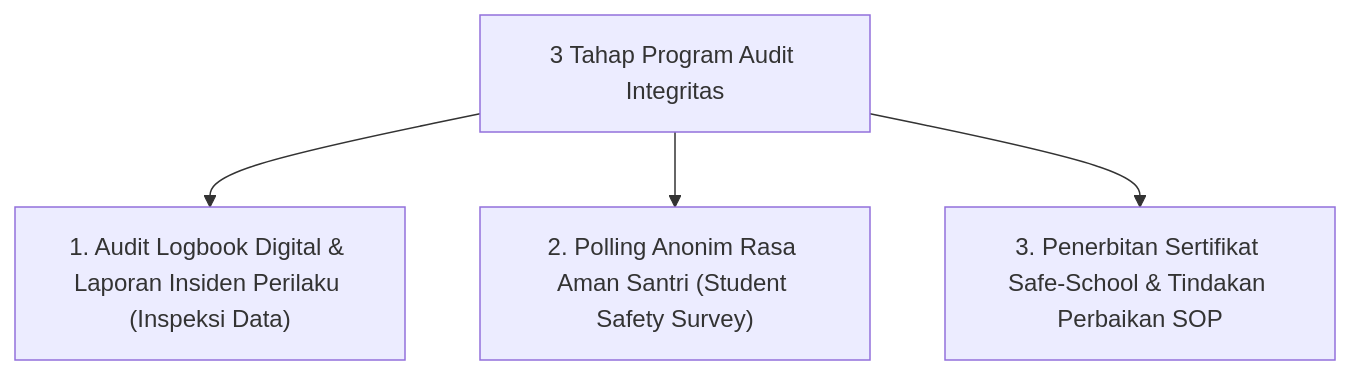
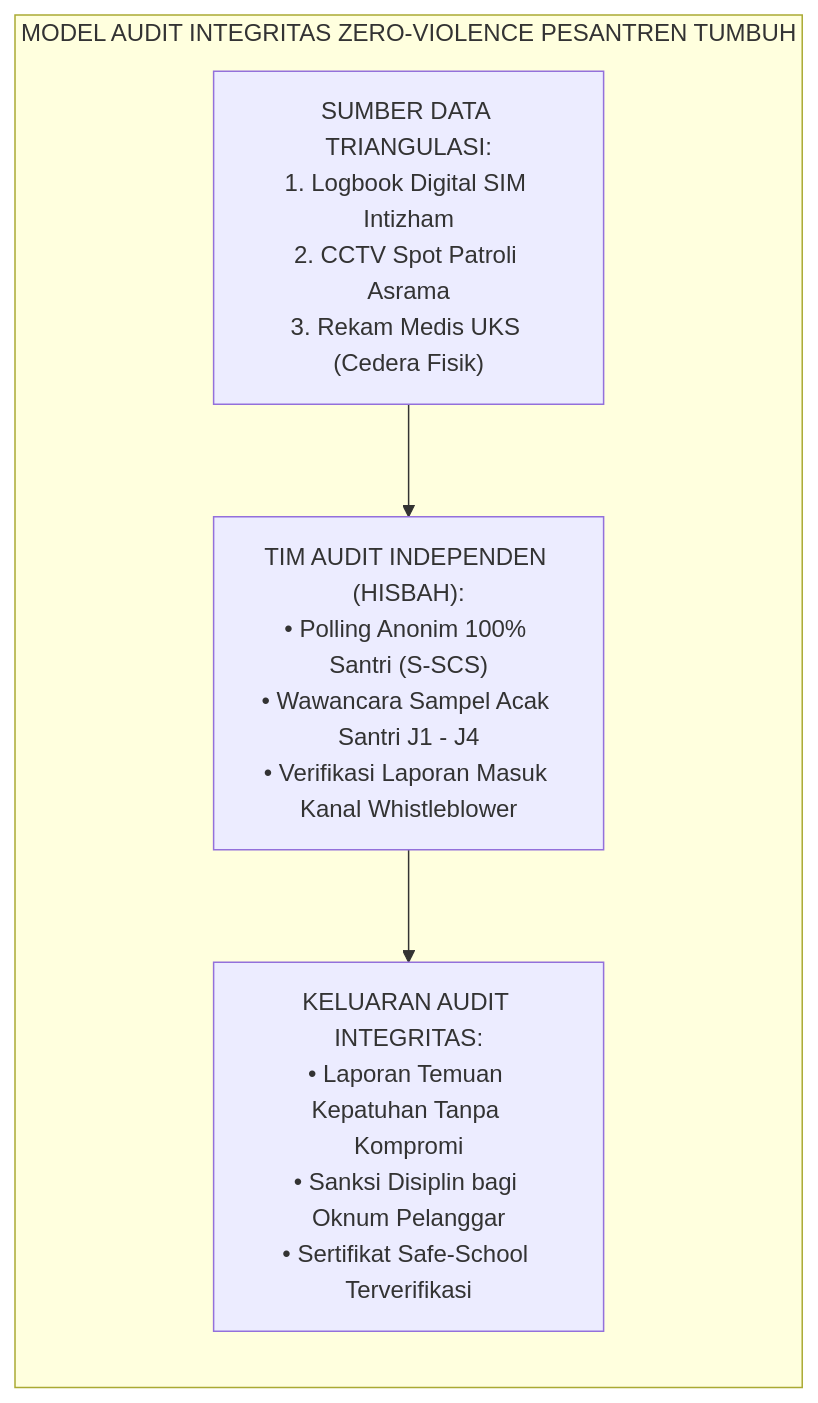
Before and after one commit to wandiapriliyandi/tumbuh: the first of 2 diagrams in 09 Programs/04 Institutional Programs/P9-04-03-Program-Audit-Integritas-Zero-Violence-Lembaga.md, drawn with Mermaid. The commit also changed other lines of this file and 3 other files, not shown here.

````diff
--- a/09 Programs/04 Institutional Programs/P9-04-03-Program-Audit-Integritas-Zero-Violence-Lembaga.md
+++ b/09 Programs/04 Institutional Programs/P9-04-03-Program-Audit-Integritas-Zero-Violence-Lembaga.md
@@ -14,7 +28,7 @@
 ```mermaid
-graph TD
-    AuditProgramSOP["3 Tahap Program Audit Integritas"]
-    AuditProgramSOP --> DataGrep["1. Audit Logbook Digital & Laporan Insiden Perilaku (Inspeksi Data)"]
-    AuditProgramSOP --> StudentPoll["2. Polling Anonim Rasa Aman Santri (Student Safety Survey)"]
-    AuditProgramSOP --> ActionReport["3. Penerbitan Sertifikat Safe-School & Tindakan Perbaikan SOP"]
+flowchart LR
+    subgraph IntegrityAuditModel["MODEL AUDIT INTEGRITAS ZERO-VIOLENCE PESANTREN TUMBUH"]
+        Inputs["SUMBER DATA TRIANGULASI:<br/>1. Logbook Digital SIM Intizham<br/>2. CCTV Spot Patroli Asrama<br/>3. Rekam Medis UKS (Cedera Fisik)"] --> Engine["TIM AUDIT INDEPENDEN (HISBAH):<br/>• Polling Anonim 100% Santri (S-SCS)<br/>• Wawancara Sampel Acak Santri J1 - J4<br/>• Verifikasi Laporan Masuk Kanal Whistleblower"]
+        Engine --> Output["KELUARAN AUDIT INTEGRITAS:<br/>• Laporan Temuan Kepatuhan Tanpa Kompromi<br/>• Sanksi Disiplin bagi Oknum Pelanggar<br/>• Sertifikat Safe-School Terverifikasi"]
+    end
 ```
````
